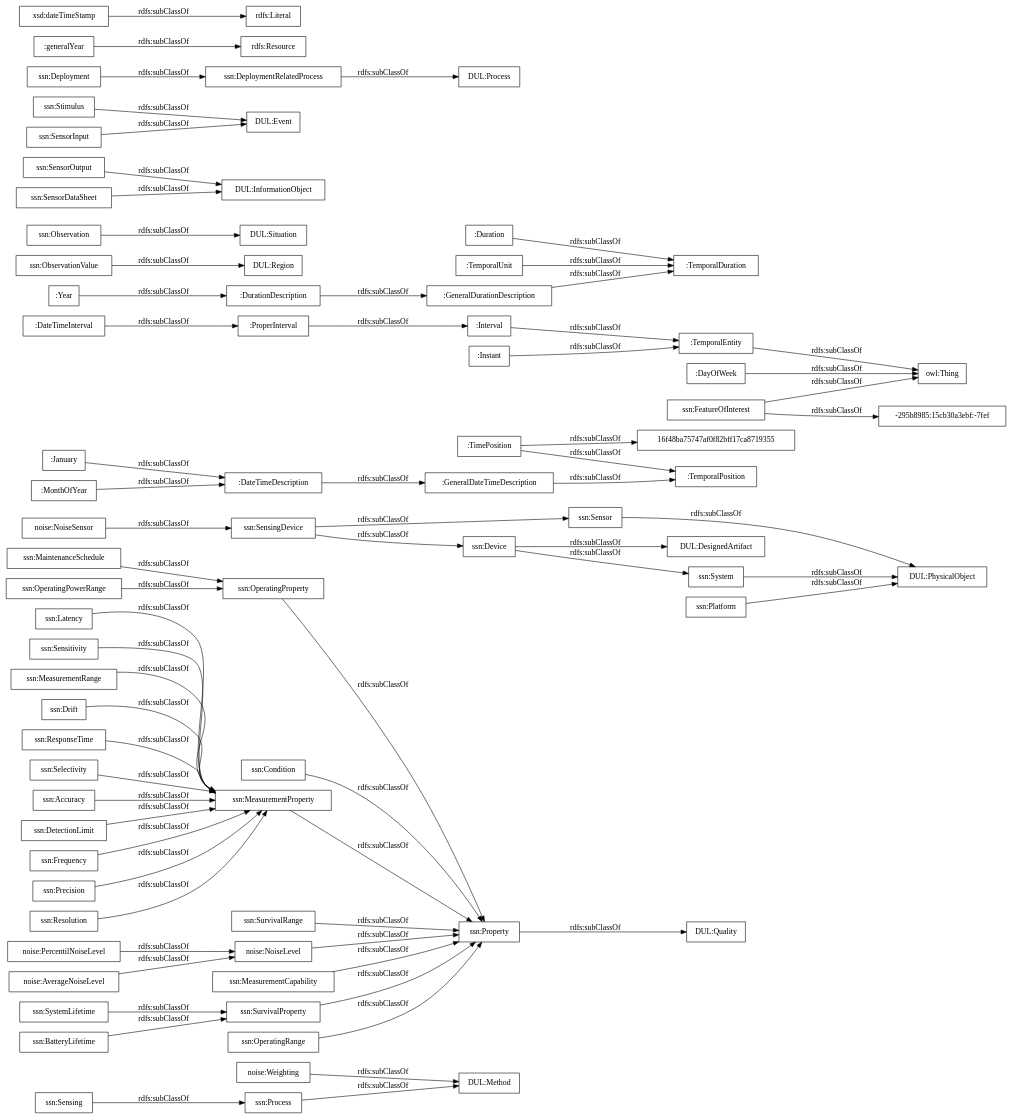
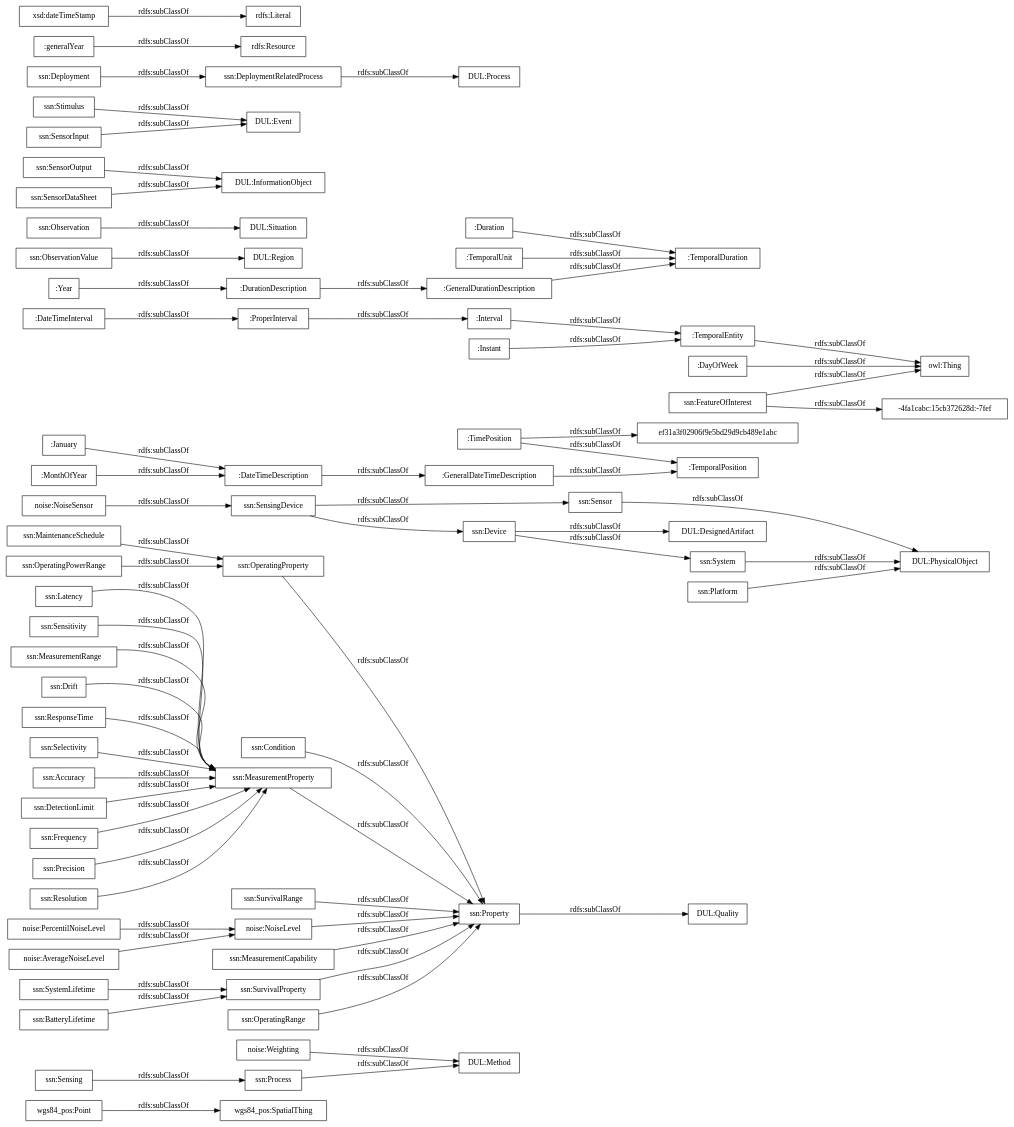
One commit to paoespinozarias/ContaminacionAcustica-Ontology changed the diagram in OnToology/contaminacion-acustica.owl/diagrams/ar2dtool-taxonomy/contaminacion-acustica.owl.png.dot. Above: the diagram before and after it, drawn with Graphviz. The commit also changed 6 other files, not shown here.

```diff
--- a/OnToology/contaminacion-acustica.owl/diagrams/ar2dtool-taxonomy/contaminacion-acustica.owl.png.dot
+++ b/OnToology/contaminacion-acustica.owl/diagrams/ar2dtool-taxonomy/contaminacion-acustica.owl.png.dot
@@ -1,72 +1,73 @@
 digraph ar2dtool_diagram { 
 rankdir=LR;
 size="1000"
-node [shape = rectangle, color="black"]; "noise:Weighting" "noise:PercentilNoiseLevel" "noise:NoiseSensor" "noise:NoiseLevel" "noise:AverageNoiseLevel" ":GeneralDateTimeDescription" ":DateTimeInterval" ":DurationDescription" ":TemporalDuration" ":Duration" ":GeneralDurationDescription" ":January" ":ProperInterval" ":TimePosition" ":TemporalPosition" ":Interval" ":TemporalEntity" "16f48ba75747af0f82bff17ca8719355" ":Year" ":MonthOfYear" ":DateTimeDescription" ":TemporalUnit" ":Instant" ":DayOfWeek" "ssn:Accuracy" "ssn:DetectionLimit" "ssn:Frequency" "ssn:Condition" "DUL:Region" "DUL:Situation" "DUL:PhysicalObject" "ssn:SensorOutput" "ssn:Precision" "ssn:Resolution" "DUL:Quality" "ssn:FeatureOfInterest" "ssn:Sensor" "DUL:InformationObject" "ssn:OperatingProperty" "DUL:Event" "ssn:OperatingPowerRange" "DUL:Method" "ssn:MaintenanceSchedule" "ssn:Sensing" "ssn:Latency" "ssn:SurvivalRange" "ssn:SensingDevice" "DUL:DesignedArtifact" "ssn:Sensitivity" "ssn:Stimulus" "-295b8985:15cb30a3ebf:-7fef" "DUL:Process" "ssn:MeasurementRange" "ssn:System" "ssn:SystemLifetime" "ssn:Property" "ssn:MeasurementProperty" "ssn:Process" "ssn:Deployment" "ssn:MeasurementCapability" "ssn:BatteryLifetime" "ssn:Drift" "ssn:DeploymentRelatedProcess" "ssn:SensorInput" "ssn:ResponseTime" "ssn:ObservationValue" "ssn:SensorDataSheet" "ssn:Observation" "ssn:Selectivity" "ssn:SurvivalProperty" "ssn:Device" "ssn:OperatingRange" "ssn:Platform" ; /*classes style*/
+node [shape = rectangle, color="black"]; "wgs84_pos:SpatialThing" "wgs84_pos:Point" "noise:Weighting" "noise:PercentilNoiseLevel" "noise:NoiseSensor" "noise:NoiseLevel" "noise:AverageNoiseLevel" ":GeneralDateTimeDescription" ":DateTimeInterval" ":DurationDescription" ":TemporalDuration" ":Duration" ":GeneralDurationDescription" ":January" ":ProperInterval" ":TimePosition" ":TemporalPosition" ":Interval" "ef31a3f02906f9e5bd29d9cb489e1abc" ":TemporalEntity" ":Year" ":MonthOfYear" ":DateTimeDescription" ":TemporalUnit" ":Instant" ":DayOfWeek" "ssn:Accuracy" "ssn:DetectionLimit" "ssn:Frequency" "ssn:Condition" "DUL:Region" "DUL:Situation" "DUL:PhysicalObject" "ssn:SensorOutput" "ssn:Precision" "ssn:Resolution" "DUL:Quality" "ssn:FeatureOfInterest" "ssn:Sensor" "DUL:InformationObject" "ssn:OperatingProperty" "DUL:Event" "ssn:OperatingPowerRange" "DUL:Method" "ssn:MaintenanceSchedule" "ssn:Sensing" "ssn:Latency" "ssn:SurvivalRange" "ssn:SensingDevice" "DUL:DesignedArtifact" "ssn:Sensitivity" "ssn:Stimulus" "DUL:Process" "ssn:MeasurementRange" "ssn:System" "ssn:SystemLifetime" "-4fa1cabc:15cb372628d:-7fef" "ssn:Property" "ssn:MeasurementProperty" "ssn:Process" "ssn:Deployment" "ssn:MeasurementCapability" "ssn:BatteryLifetime" "ssn:Drift" "ssn:DeploymentRelatedProcess" "ssn:SensorInput" "ssn:ResponseTime" "ssn:ObservationValue" "ssn:SensorDataSheet" "ssn:Observation" "ssn:Selectivity" "ssn:SurvivalProperty" "ssn:Device" "ssn:OperatingRange" "ssn:Platform" ; /*classes style*/
 	":DateTimeDescription" -> ":GeneralDateTimeDescription" [ label = "rdfs:subClassOf" ];
 	"noise:AverageNoiseLevel" -> "noise:NoiseLevel" [ label = "rdfs:subClassOf" ];
 	"ssn:Deployment" -> "ssn:DeploymentRelatedProcess" [ label = "rdfs:subClassOf" ];
 	"ssn:SensingDevice" -> "ssn:Sensor" [ label = "rdfs:subClassOf" ];
 	"ssn:SensingDevice" -> "ssn:Device" [ label = "rdfs:subClassOf" ];
 	"ssn:DeploymentRelatedProcess" -> "DUL:Process" [ label = "rdfs:subClassOf" ];
 	"ssn:Accuracy" -> "ssn:MeasurementProperty" [ label = "rdfs:subClassOf" ];
 	":Instant" -> ":TemporalEntity" [ label = "rdfs:subClassOf" ];
 	"ssn:FeatureOfInterest" -> "owl:Thing" [ label = "rdfs:subClassOf" ];
-	"ssn:FeatureOfInterest" -> "-295b8985:15cb30a3ebf:-7fef" [ label = "rdfs:subClassOf" ];
+	"ssn:FeatureOfInterest" -> "-4fa1cabc:15cb372628d:-7fef" [ label = "rdfs:subClassOf" ];
 	"ssn:Latency" -> "ssn:MeasurementProperty" [ label = "rdfs:subClassOf" ];
 	"ssn:Process" -> "DUL:Method" [ label = "rdfs:subClassOf" ];
 	"noise:Weighting" -> "DUL:Method" [ label = "rdfs:subClassOf" ];
 	":ProperInterval" -> ":Interval" [ label = "rdfs:subClassOf" ];
 	"ssn:Property" -> "DUL:Quality" [ label = "rdfs:subClassOf" ];
 	"ssn:MeasurementProperty" -> "ssn:Property" [ label = "rdfs:subClassOf" ];
+	"wgs84_pos:Point" -> "wgs84_pos:SpatialThing" [ label = "rdfs:subClassOf" ];
 	":MonthOfYear" -> ":DateTimeDescription" [ label = "rdfs:subClassOf" ];
 	"ssn:ResponseTime" -> "ssn:MeasurementProperty" [ label = "rdfs:subClassOf" ];
 	"ssn:OperatingRange" -> "ssn:Property" [ label = "rdfs:subClassOf" ];
 	"noise:NoiseLevel" -> "ssn:Property" [ label = "rdfs:subClassOf" ];
 	"ssn:MeasurementRange" -> "ssn:MeasurementProperty" [ label = "rdfs:subClassOf" ];
 	"ssn:Stimulus" -> "DUL:Event" [ label = "rdfs:subClassOf" ];
 	":Duration" -> ":TemporalDuration" [ label = "rdfs:subClassOf" ];
 	"ssn:SurvivalProperty" -> "ssn:Property" [ label = "rdfs:subClassOf" ];
 	"ssn:MaintenanceSchedule" -> "ssn:OperatingProperty" [ label = "rdfs:subClassOf" ];
 	"ssn:SensorInput" -> "DUL:Event" [ label = "rdfs:subClassOf" ];
-	":TimePosition" -> "16f48ba75747af0f82bff17ca8719355" [ label = "rdfs:subClassOf" ];
+	":TimePosition" -> "ef31a3f02906f9e5bd29d9cb489e1abc" [ label = "rdfs:subClassOf" ];
 	":TimePosition" -> ":TemporalPosition" [ label = "rdfs:subClassOf" ];
 	":TemporalEntity" -> "owl:Thing" [ label = "rdfs:subClassOf" ];
 	"ssn:Sensitivity" -> "ssn:MeasurementProperty" [ label = "rdfs:subClassOf" ];
 	"ssn:Drift" -> "ssn:MeasurementProperty" [ label = "rdfs:subClassOf" ];
 	"ssn:System" -> "DUL:PhysicalObject" [ label = "rdfs:subClassOf" ];
 	":GeneralDurationDescription" -> ":TemporalDuration" [ label = "rdfs:subClassOf" ];
 	"ssn:Resolution" -> "ssn:MeasurementProperty" [ label = "rdfs:subClassOf" ];
 	"ssn:Precision" -> "ssn:MeasurementProperty" [ label = "rdfs:subClassOf" ];
 	"noise:PercentilNoiseLevel" -> "noise:NoiseLevel" [ label = "rdfs:subClassOf" ];
 	"ssn:DetectionLimit" -> "ssn:MeasurementProperty" [ label = "rdfs:subClassOf" ];
 	":DateTimeInterval" -> ":ProperInterval" [ label = "rdfs:subClassOf" ];
 	"ssn:Sensor" -> "DUL:PhysicalObject" [ label = "rdfs:subClassOf" ];
 	"ssn:SensorDataSheet" -> "DUL:InformationObject" [ label = "rdfs:subClassOf" ];
 	"ssn:OperatingPowerRange" -> "ssn:OperatingProperty" [ label = "rdfs:subClassOf" ];
 	"noise:NoiseSensor" -> "ssn:SensingDevice" [ label = "rdfs:subClassOf" ];
 	":Interval" -> ":TemporalEntity" [ label = "rdfs:subClassOf" ];
 	":GeneralDateTimeDescription" -> ":TemporalPosition" [ label = "rdfs:subClassOf" ];
 	":January" -> ":DateTimeDescription" [ label = "rdfs:subClassOf" ];
 	"ssn:ObservationValue" -> "DUL:Region" [ label = "rdfs:subClassOf" ];
 	":DayOfWeek" -> "owl:Thing" [ label = "rdfs:subClassOf" ];
 	"ssn:Device" -> "DUL:DesignedArtifact" [ label = "rdfs:subClassOf" ];
 	"ssn:Device" -> "ssn:System" [ label = "rdfs:subClassOf" ];
 	"ssn:Platform" -> "DUL:PhysicalObject" [ label = "rdfs:subClassOf" ];
 	":Year" -> ":DurationDescription" [ label = "rdfs:subClassOf" ];
 	":DurationDescription" -> ":GeneralDurationDescription" [ label = "rdfs:subClassOf" ];
 	"ssn:OperatingProperty" -> "ssn:Property" [ label = "rdfs:subClassOf" ];
 	":generalYear" -> "rdfs:Resource" [ label = "rdfs:subClassOf" ];
 	"ssn:Selectivity" -> "ssn:MeasurementProperty" [ label = "rdfs:subClassOf" ];
 	"ssn:BatteryLifetime" -> "ssn:SurvivalProperty" [ label = "rdfs:subClassOf" ];
 	":TemporalUnit" -> ":TemporalDuration" [ label = "rdfs:subClassOf" ];
 	"ssn:Observation" -> "DUL:Situation" [ label = "rdfs:subClassOf" ];
 	"ssn:Sensing" -> "ssn:Process" [ label = "rdfs:subClassOf" ];
 	"ssn:SystemLifetime" -> "ssn:SurvivalProperty" [ label = "rdfs:subClassOf" ];
 	"ssn:SurvivalRange" -> "ssn:Property" [ label = "rdfs:subClassOf" ];
 	"ssn:Frequency" -> "ssn:MeasurementProperty" [ label = "rdfs:subClassOf" ];
 	"ssn:SensorOutput" -> "DUL:InformationObject" [ label = "rdfs:subClassOf" ];
 	"ssn:Condition" -> "ssn:Property" [ label = "rdfs:subClassOf" ];
 	"xsd:dateTimeStamp" -> "rdfs:Literal" [ label = "rdfs:subClassOf" ];
 	"ssn:MeasurementCapability" -> "ssn:Property" [ label = "rdfs:subClassOf" ];
 
 }
```
